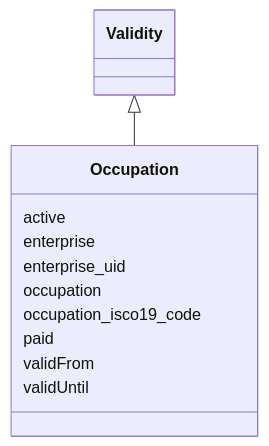
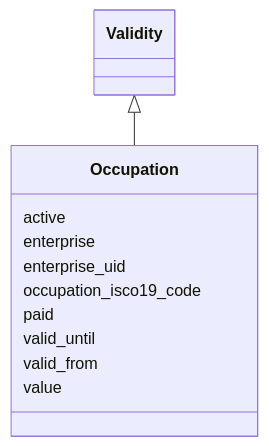
One commit to swiss/political-affairs-ech-group changed the diagram in ech-0294_actors/output/docs/Occupation.md. Above: the diagram before and after it, drawn with Mermaid. The commit also changed other lines of this file and 36 other files, not shown here.

````diff
--- a/ech-0294_actors/output/docs/Occupation.md
+++ b/ech-0294_actors/output/docs/Occupation.md
@@ -13,25 +13,25 @@
 ```mermaid
  classDiagram
     class Occupation
     click Occupation href "../Occupation/"
       Validity <|-- Occupation
         click Validity href "../Validity/"
       
       Occupation : active
         
       Occupation : enterprise
         
       Occupation : enterprise_uid
         
-      Occupation : occupation
-        
       Occupation : occupation_isco19_code
         
       Occupation : paid
         
-      Occupation : validFrom
+      Occupation : valid_until
         
-      Occupation : validUntil
+      Occupation : valid_from
+        
+      Occupation : value
         
       
 ```
````
